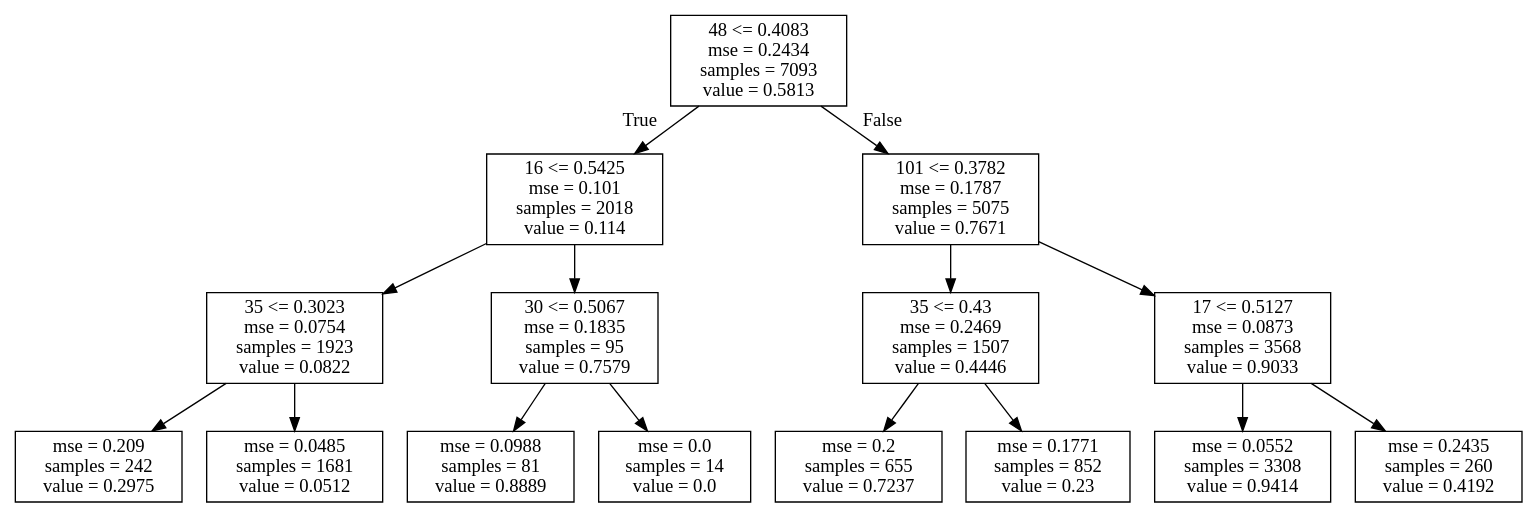
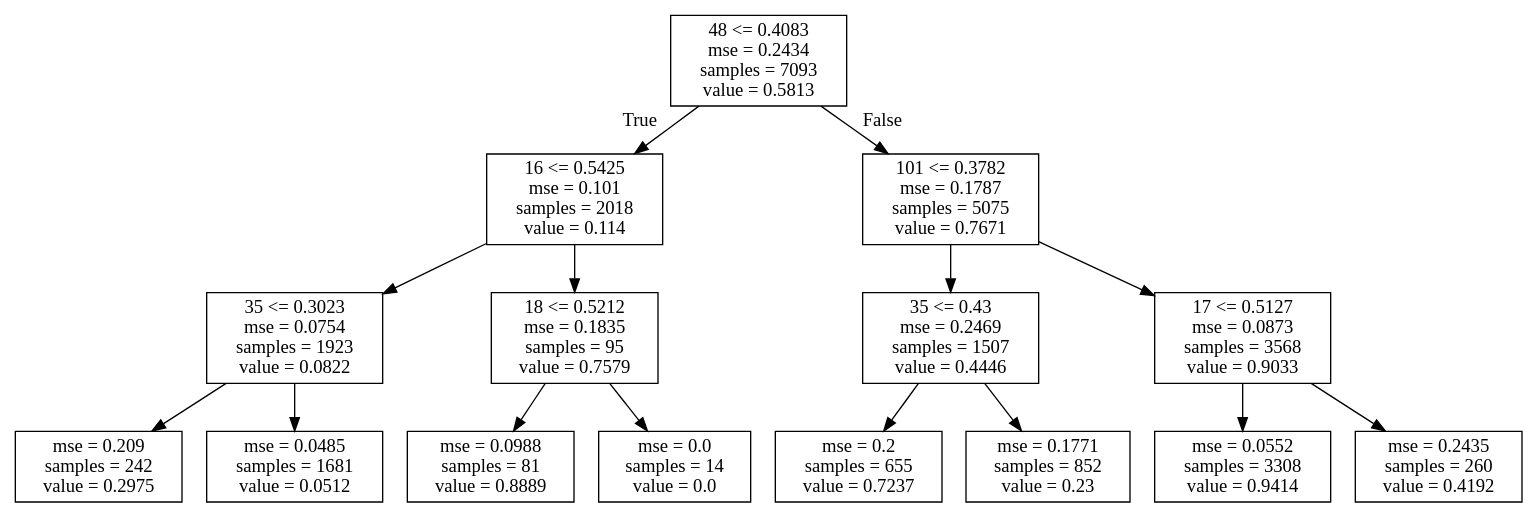
One commit to pashna/GradientBoosting changed the diagram in dt.dot. Above: the diagram before and after it, drawn with Graphviz. The commit also changed 5 other files, not shown here.

```diff
--- a/dt.dot
+++ b/dt.dot
@@ -1,32 +1,32 @@
 digraph Tree {
 node [shape=box] ;
 0 [label="48 <= 0.4083\nmse = 0.2434\nsamples = 7093\nvalue = 0.5813"] ;
 1 [label="16 <= 0.5425\nmse = 0.101\nsamples = 2018\nvalue = 0.114"] ;
 0 -> 1 [labeldistance=2.5, labelangle=45, headlabel="True"] ;
 2 [label="35 <= 0.3023\nmse = 0.0754\nsamples = 1923\nvalue = 0.0822"] ;
 1 -> 2 ;
 3 [label="mse = 0.209\nsamples = 242\nvalue = 0.2975"] ;
 2 -> 3 ;
 4 [label="mse = 0.0485\nsamples = 1681\nvalue = 0.0512"] ;
 2 -> 4 ;
-5 [label="30 <= 0.5067\nmse = 0.1835\nsamples = 95\nvalue = 0.7579"] ;
+5 [label="18 <= 0.5212\nmse = 0.1835\nsamples = 95\nvalue = 0.7579"] ;
 1 -> 5 ;
 6 [label="mse = 0.0988\nsamples = 81\nvalue = 0.8889"] ;
 5 -> 6 ;
 7 [label="mse = 0.0\nsamples = 14\nvalue = 0.0"] ;
 5 -> 7 ;
 8 [label="101 <= 0.3782\nmse = 0.1787\nsamples = 5075\nvalue = 0.7671"] ;
 0 -> 8 [labeldistance=2.5, labelangle=-45, headlabel="False"] ;
 9 [label="35 <= 0.43\nmse = 0.2469\nsamples = 1507\nvalue = 0.4446"] ;
 8 -> 9 ;
 10 [label="mse = 0.2\nsamples = 655\nvalue = 0.7237"] ;
 9 -> 10 ;
 11 [label="mse = 0.1771\nsamples = 852\nvalue = 0.23"] ;
 9 -> 11 ;
 12 [label="17 <= 0.5127\nmse = 0.0873\nsamples = 3568\nvalue = 0.9033"] ;
 8 -> 12 ;
 13 [label="mse = 0.0552\nsamples = 3308\nvalue = 0.9414"] ;
 12 -> 13 ;
 14 [label="mse = 0.2435\nsamples = 260\nvalue = 0.4192"] ;
 12 -> 14 ;
 }
```
